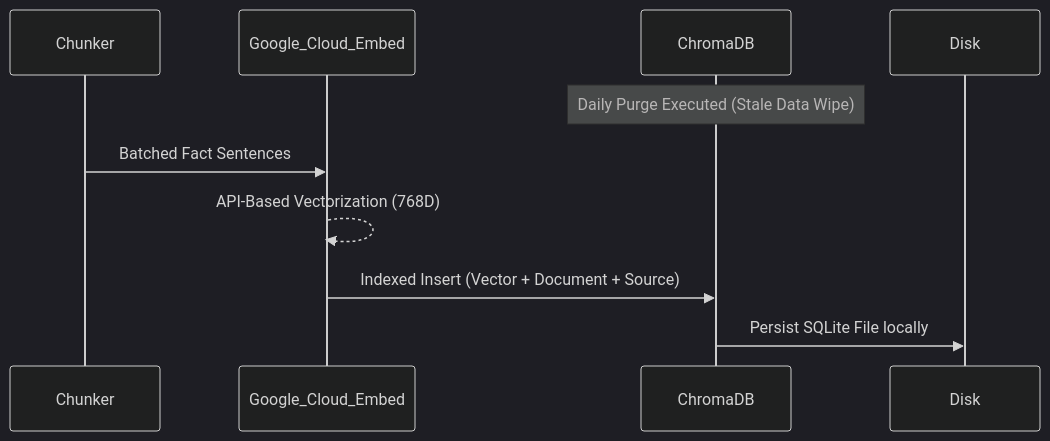
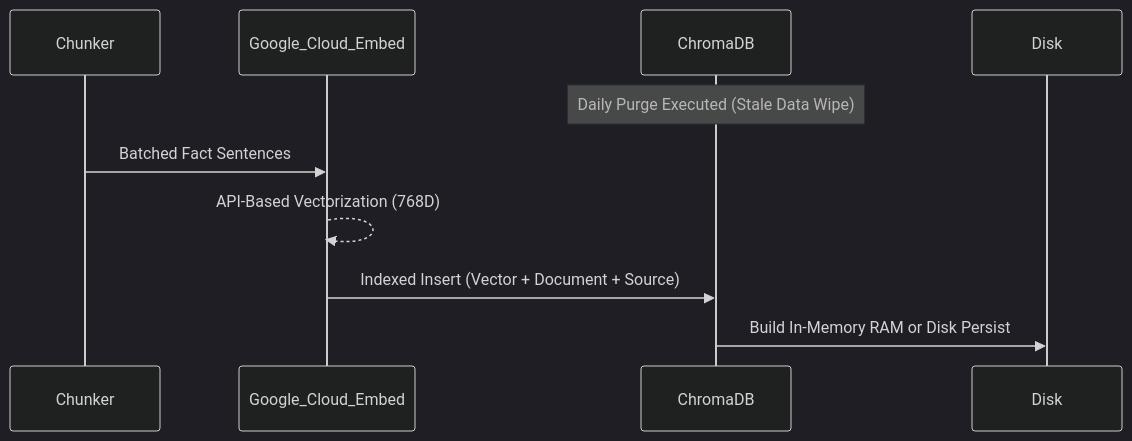
Before and after one commit to puneet225/MF_rag_chatbot: the fourth of 5 diagrams in ARCHITECTURE.md, drawn with Mermaid (dark theme). The commit also changed other lines of this file and 1 other file, not shown here.

````diff
--- a/ARCHITECTURE.md
+++ b/ARCHITECTURE.md
@@ -139,13 +140,13 @@
 ```mermaid
 sequenceDiagram
     participant Chunker
     participant Google_Cloud_Embed
     participant ChromaDB
     
     Note over ChromaDB: Daily Purge Executed (Stale Data Wipe)
     
     Chunker->>Google_Cloud_Embed: Batched Fact Sentences
     Google_Cloud_Embed-->>Google_Cloud_Embed: API-Based Vectorization (768D)
     Google_Cloud_Embed->>ChromaDB: Indexed Insert (Vector + Document + Source)
-    ChromaDB->>Disk: Persist SQLite File locally
+    ChromaDB->>Disk: Build In-Memory RAM or Disk Persist
 ```
````
